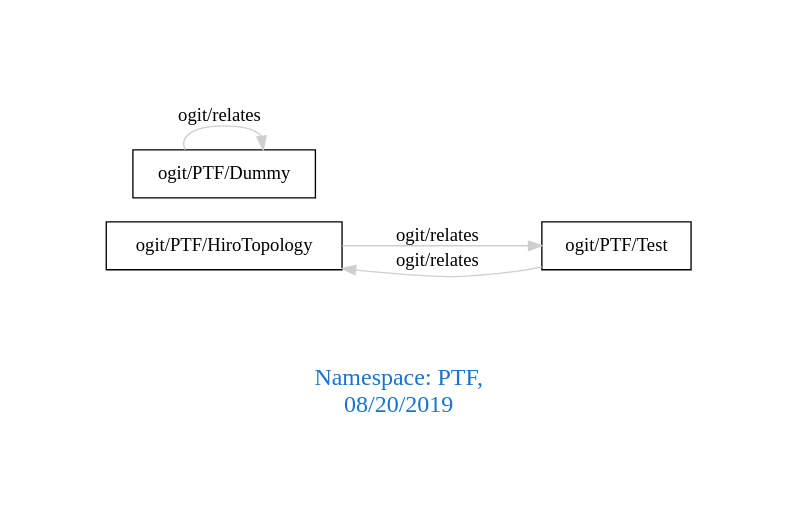
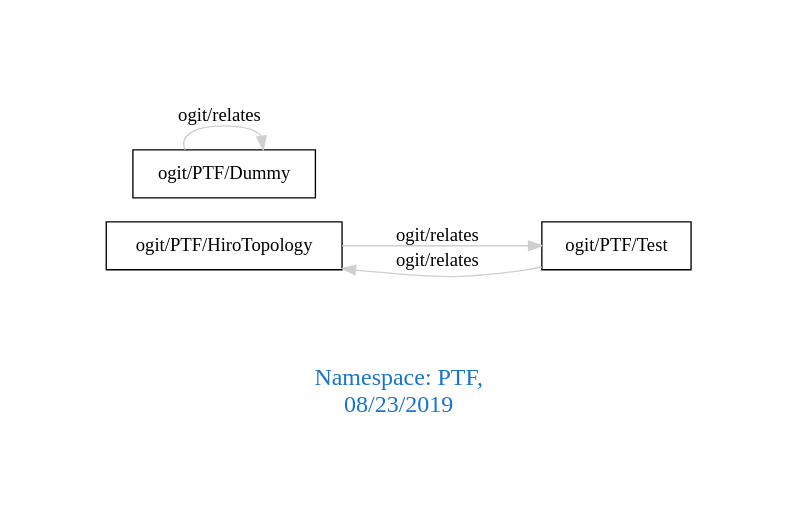
One commit to arago/OGIT changed the diagram in downloads/PTF.dot. Above: the diagram before and after it, drawn with Graphviz. The commit also changed 1465 other files, not shown here.

```diff
--- a/downloads/PTF.dot
+++ b/downloads/PTF.dot
@@ -1,11 +1,11 @@
 digraph OGIT_ontology {
  graph [ rankdir= LR,pad=1 
 fontsize = 18,
-fontcolor= dodgerblue3,label = "\n\n\nNamespace: PTF, \n 08/20/2019"];
+fontcolor= dodgerblue3,label = "\n\n\nNamespace: PTF, \n 08/23/2019"];
 node[shape=polygon];
 edge [  color="gray81"];
 
    "ogit/PTF/HiroTopology" -> "ogit/PTF/Test" [label="   ogit/relates    "];
    "ogit/PTF/Test" -> "ogit/PTF/HiroTopology" [label="   ogit/relates    "];
    "ogit/PTF/Dummy" -> "ogit/PTF/Dummy" [label="   ogit/relates    "];
 }
```
